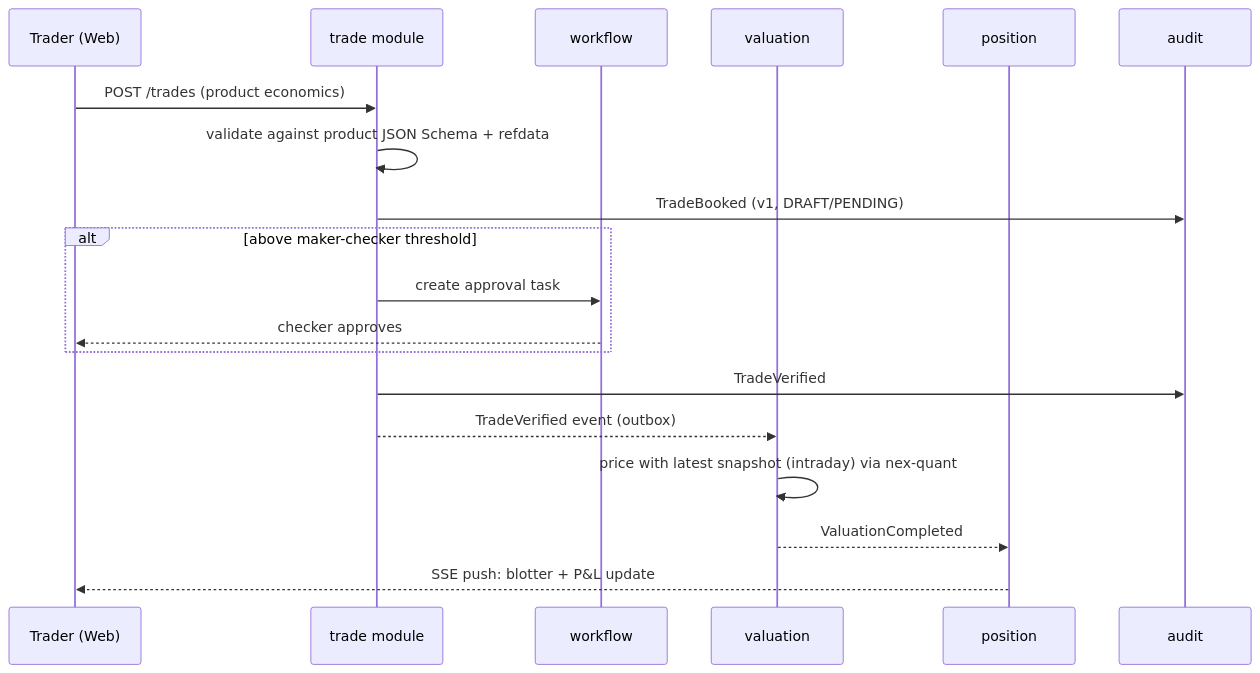
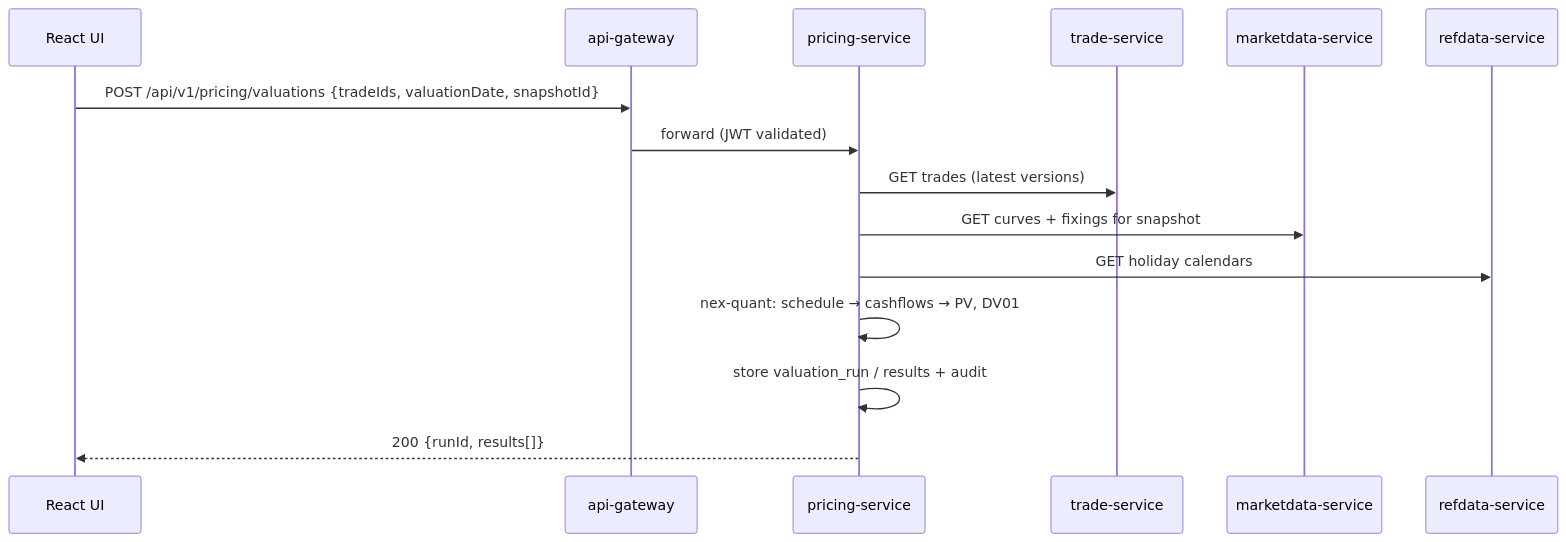
One commit to Mutwila-Alinta/ATS changed the second of 5 diagrams in docs/NEX_ARCHITECTURE_AND_ROADMAP.md. Above: the diagram before and after it, drawn with Mermaid. The commit also changed other lines of this file and 1 other file, not shown here.

First line of the commit message:
Revise Nex plan to v0.2: Dec 2026 MVP, Docker-to-AWS microservices, React UI

````diff
--- a/docs/NEX_ARCHITECTURE_AND_ROADMAP.md
+++ b/docs/NEX_ARCHITECTURE_AND_ROADMAP.md
@@ -262,21 +361,17 @@
 ```mermaid
 sequenceDiagram
-  participant U as Trader (Web)
-  participant T as trade module
-  participant W as workflow
-  participant V as valuation
-  participant P as position
-  participant A as audit
-  U->>T: POST /trades (product economics)
-  T->>T: validate against product JSON Schema + refdata
-  T->>A: TradeBooked (v1, DRAFT/PENDING)
-  alt above maker-checker threshold
-    T->>W: create approval task
-    W-->>U: checker approves
-  end
-  T->>A: TradeVerified
-  T-->>V: TradeVerified event (outbox)
-  V->>V: price with latest snapshot (intraday) via nex-quant
-  V-->>P: ValuationCompleted
-  P-->>U: SSE push: blotter + P&L update
+  participant UI as React UI
+  participant GW as api-gateway
+  participant PR as pricing-service
+  participant TR as trade-service
+  participant MD as marketdata-service
+  participant RD as refdata-service
+  UI->>GW: POST /api/v1/pricing/valuations {tradeIds, valuationDate, snapshotId}
+  GW->>PR: forward (JWT validated)
+  PR->>TR: GET trades (latest versions)
+  PR->>MD: GET curves + fixings for snapshot
+  PR->>RD: GET holiday calendars
+  PR->>PR: nex-quant: schedule → cashflows → PV, DV01
+  PR->>PR: store valuation_run / results + audit
+  PR-->>UI: 200 {runId, results[]}
 ```
````
